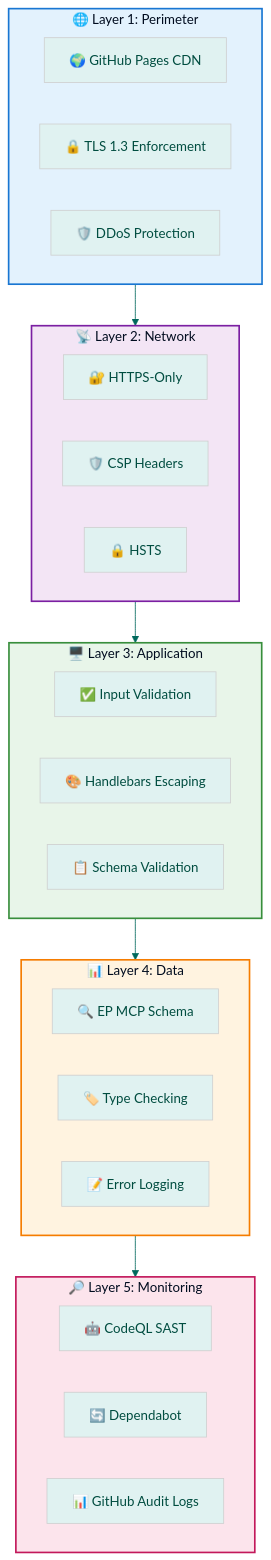
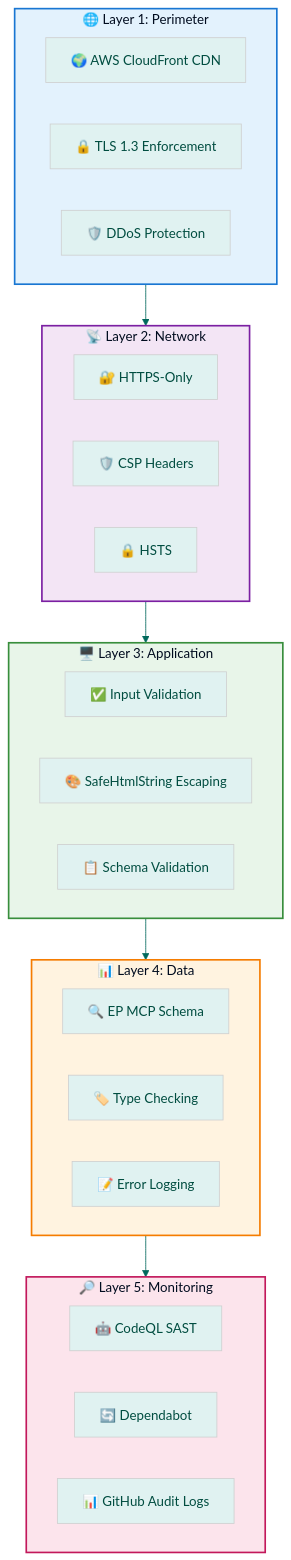
One commit to Hack23/euparliamentmonitor changed diagram 12 of 14 in THREAT_MODEL.md. Above: the diagram before and after it, drawn with Mermaid. The commit also changed other lines of this file, not shown here.

Commit message:
docs(threat-model): fix Handlebars→SafeHtmlString, GitHub Pages→CloudFront/S3, catalog T-030, bump v2.4

````diff
--- a/THREAT_MODEL.md
+++ b/THREAT_MODEL.md
@@ -1960,60 +1960,60 @@
 ```mermaid
 %%{
   init: {
     'theme': 'base',
     'themeVariables': {
       'primaryColor': '#e0f2f1',
       'primaryTextColor': '#004d40',
       'lineColor': '#00695c',
       'secondaryColor': '#fce4ec',
       'tertiaryColor': '#fff3e0'
     }
   }
 }%%
 flowchart TB
     subgraph LAYER_1["🌐 Layer 1: Perimeter"]
         direction LR
-        L1A[🌍 GitHub Pages CDN]
+        L1A[🌍 AWS CloudFront CDN]
         L1B[🔒 TLS 1.3 Enforcement]
         L1C[🛡️ DDoS Protection]
     end
 
     subgraph LAYER_2["📡 Layer 2: Network"]
         direction LR
         L2A[🔐 HTTPS-Only]
         L2B[🛡️ CSP Headers]
         L2C[🔒 HSTS]
     end
 
     subgraph LAYER_3["🖥️ Layer 3: Application"]
         direction LR
         L3A[✅ Input Validation]
-        L3B[🎨 Handlebars Escaping]
+        L3B[🎨 SafeHtmlString Escaping]
         L3C[📋 Schema Validation]
     end
 
     subgraph LAYER_4["📊 Layer 4: Data"]
         direction LR
         L4A[🔍 EP MCP Schema]
         L4B[🏷️ Type Checking]
         L4C[📝 Error Logging]
     end
 
     subgraph LAYER_5["🔎 Layer 5: Monitoring"]
         direction LR
         L5A[🤖 CodeQL SAST]
         L5B[🔄 Dependabot]
         L5C[📊 GitHub Audit Logs]
     end
 
     LAYER_1 --> LAYER_2
     LAYER_2 --> LAYER_3
     LAYER_3 --> LAYER_4
     LAYER_4 --> LAYER_5
 
     style LAYER_1 fill:#e3f2fd,stroke:#1976d2,stroke-width:2px
     style LAYER_2 fill:#f3e5f5,stroke:#7b1fa2,stroke-width:2px
     style LAYER_3 fill:#e8f5e9,stroke:#388e3c,stroke-width:2px
     style LAYER_4 fill:#fff3e0,stroke:#f57c00,stroke-width:2px
     style LAYER_5 fill:#fce4ec,stroke:#c2185b,stroke-width:2px
 ```
````
